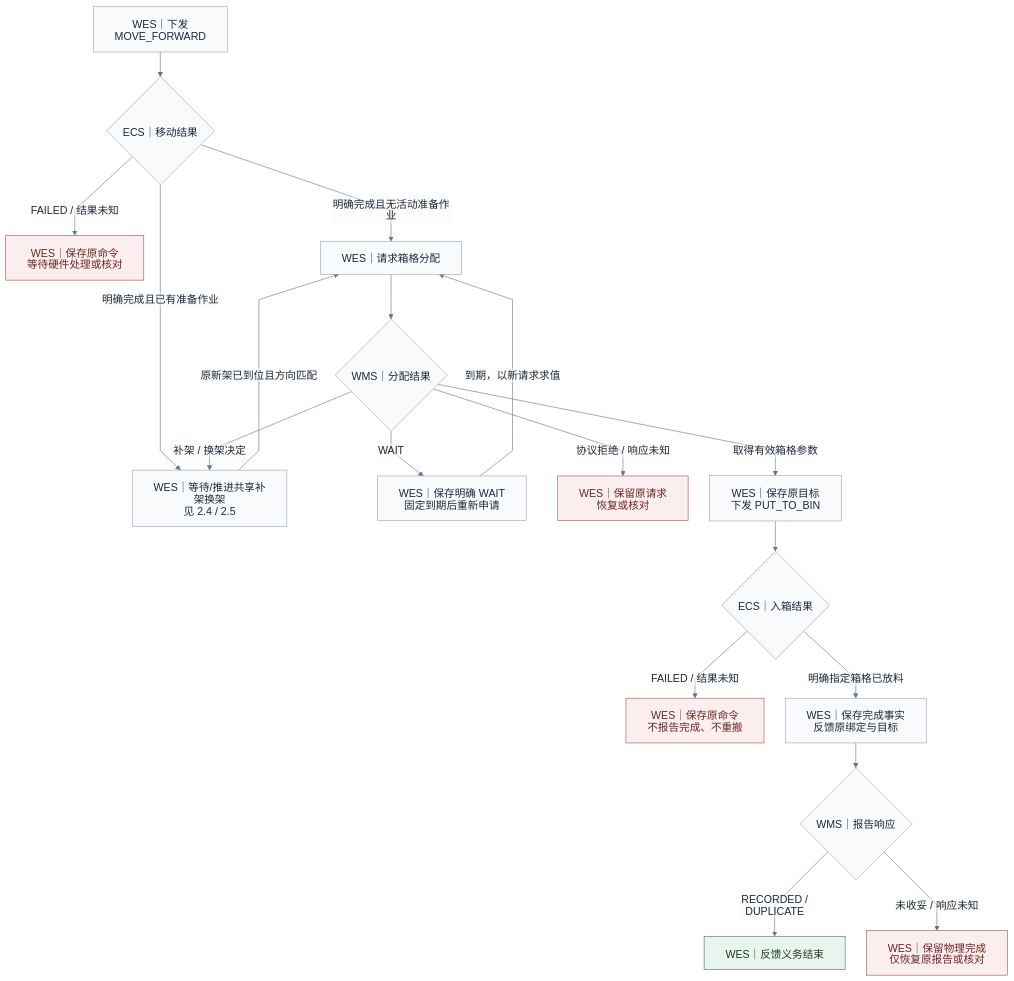
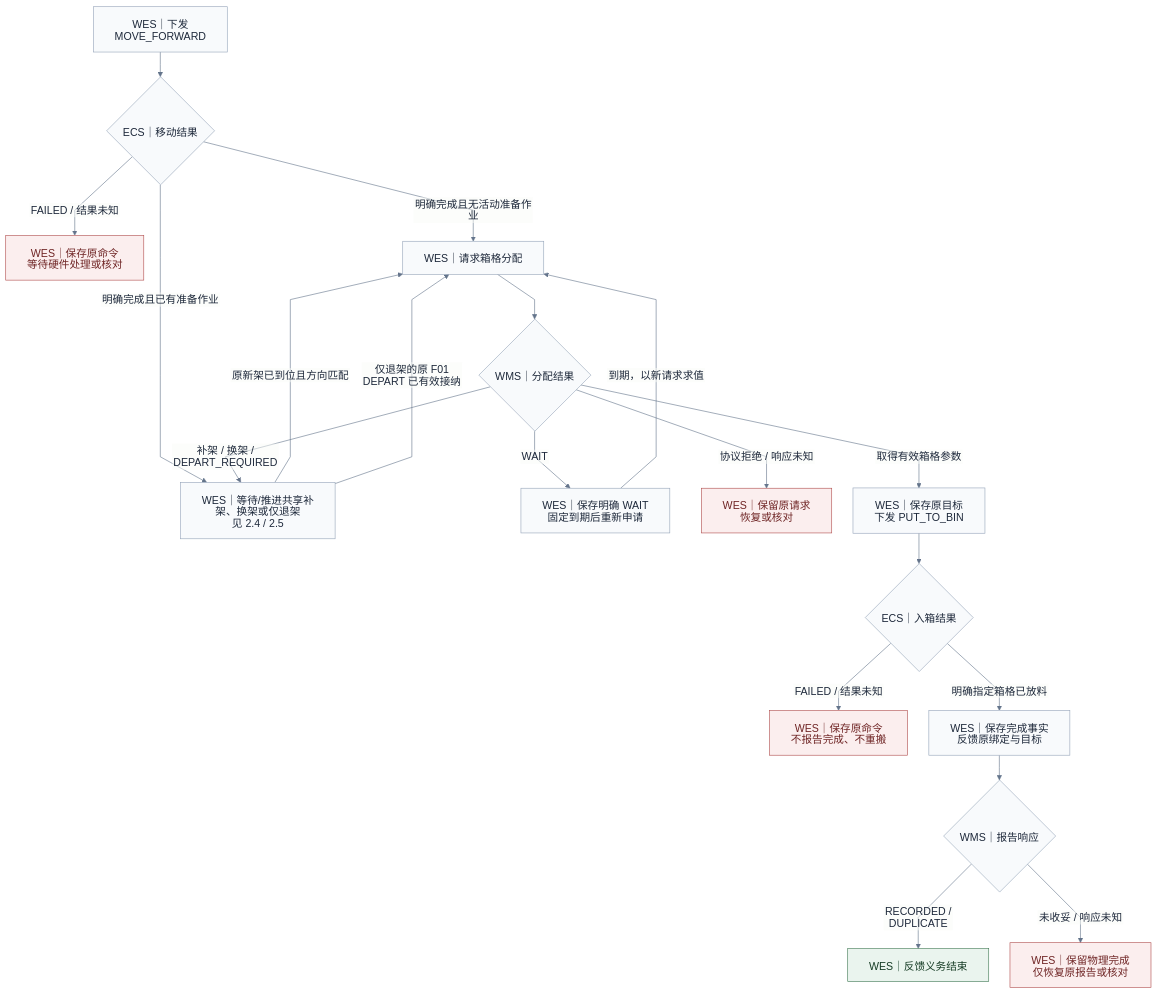
One commit to kaizhoumasha/maintenance-admin changed the second of 5 diagrams in docs/integrations/coarse-sorting-api-draft.md. Above: the diagram before and after it, drawn with Mermaid. The commit also changed other lines of this file and 19 other files, not shown here.

````diff
--- a/docs/integrations/coarse-sorting-api-draft.md
+++ b/docs/integrations/coarse-sorting-api-draft.md
@@ -92,40 +92,41 @@
 ```mermaid
 %%{init: {"htmlLabels":false,"theme":"base","flowchart":{"htmlLabels":false,"padding":18,"nodeSpacing":36,"rankSpacing":42,"curve":"linear"},"themeVariables":{"fontFamily":"sans-serif","fontSize":"18px","primaryColor":"#f8fafc","primaryTextColor":"#1e293b","primaryBorderColor":"#94a3b8","lineColor":"#64748b"}}}%%
 flowchart TB
     start["WES｜下发 MOVE_FORWARD"]
     move{"ECS｜移动结果"}
     movePending["WES｜保存原命令<br/>等待硬件处理或核对"]
     request["WES｜请求箱格分配"]
     allocate{"WMS｜分配结果"}
-    rackPrepare["WES｜等待/推进共享补架换架<br/>见 2.4 / 2.5"]
+    rackPrepare["WES｜等待/推进共享补架、换架或仅退架<br/>见 2.4 / 2.5"]
     wait["WES｜保存明确 WAIT<br/>固定到期后重新申请"]
     requestPending["WES｜保留原请求<br/>恢复或核对"]
     command["WES｜保存原目标<br/>下发 PUT_TO_BIN"]
     put{"ECS｜入箱结果"}
     putPending["WES｜保存原命令<br/>不报告完成、不重搬"]
     report["WES｜保存完成事实<br/>反馈原绑定与目标"]
     receive{"WMS｜报告响应"}
     reportPending["WES｜保留物理完成<br/>仅恢复原报告或核对"]
     done["WES｜反馈义务结束"]
     start --> move
     move -->|明确完成且无活动准备作业| request
     move -->|明确完成且已有准备作业| rackPrepare
     move -->|FAILED / 结果未知| movePending
     request --> allocate
     allocate -->|取得有效箱格参数| command
-    allocate -->|补架 / 换架决定| rackPrepare
+    allocate -->|补架 / 换架 / DEPART_REQUIRED| rackPrepare
     allocate -->|WAIT| wait
     wait -->|到期，以新请求求值| request
     rackPrepare -->|原新架已到位且方向匹配| request
+    rackPrepare -->|仅退架的原 F01 DEPART 已有效接纳| request
     allocate -->|协议拒绝 / 响应未知| requestPending
     command --> put
     put -->|明确指定箱格已放料| report
     put -->|FAILED / 结果未知| putPending
     report --> receive
     receive -->|RECORDED / DUPLICATE| done
     receive -->|未收妥 / 响应未知| reportPending
     classDef pending fill:#fbeeee,stroke:#af4b4b,color:#6f2525
     classDef completed fill:#eaf4ee,stroke:#3d7651,color:#163c25
     class movePending,requestPending,putPending,reportPending pending
     class done completed
 ```
````
